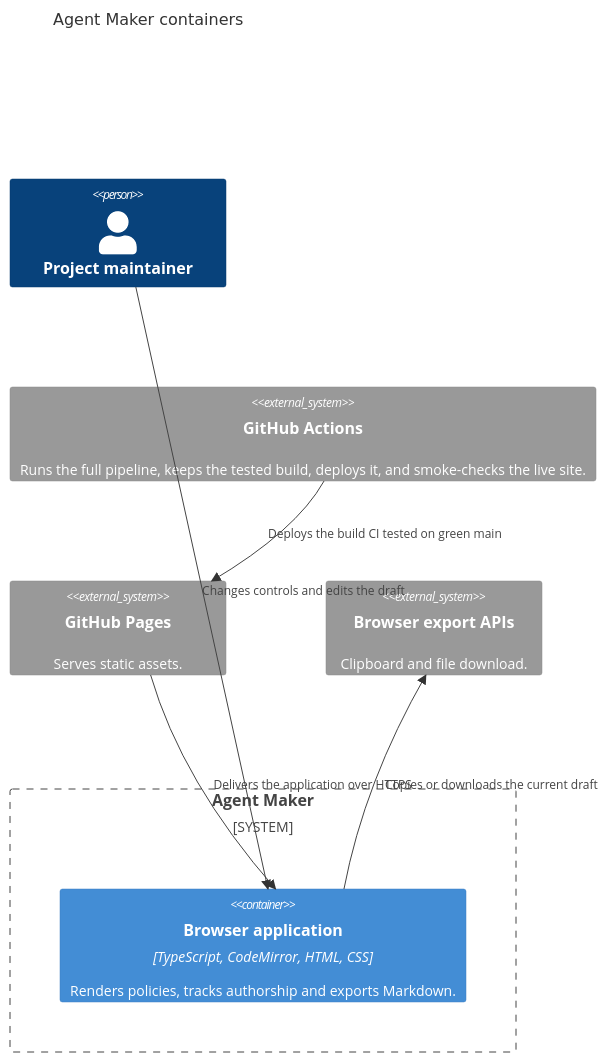
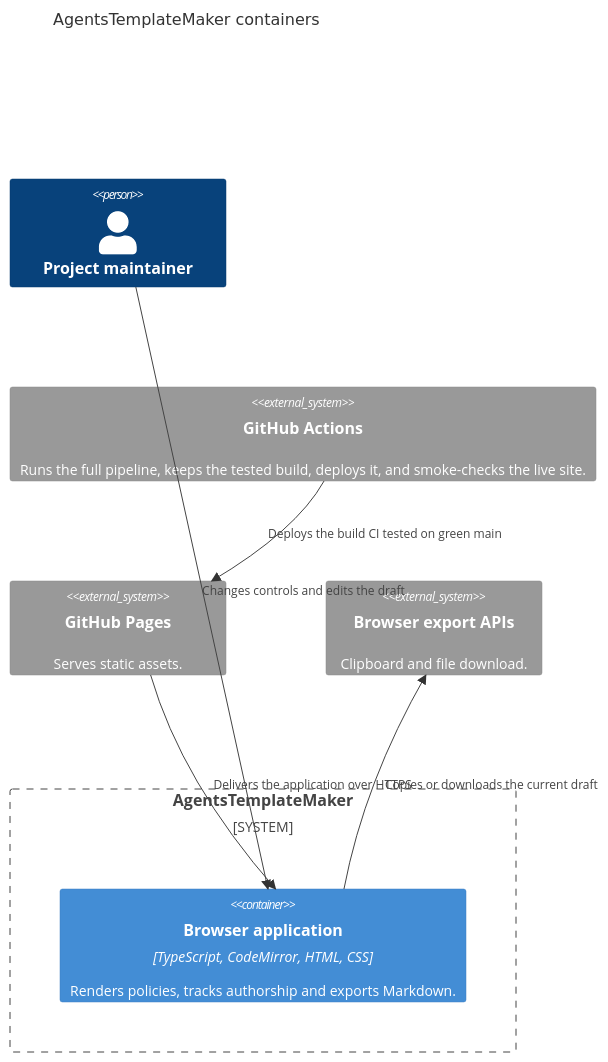
The second of 3 diagrams in docs/architecture.md (marcelpetrick/AgentsTemplateMaker), drawn with Mermaid before and after one commit. The commit also changed other lines of this file and 19 other files, not shown here.

First line of the commit message:
feat: add a footer naming AgentsTemplateMaker and use that name throughout

````diff
--- a/docs/architecture.md
+++ b/docs/architecture.md
@@ -19,15 +19,15 @@
 ```mermaid
 C4Container
-    title Agent Maker containers
+    title AgentsTemplateMaker containers
     Person(maintainer, "Project maintainer")
-    System_Boundary(system, "Agent Maker") {
+    System_Boundary(system, "AgentsTemplateMaker") {
         Container(site, "Browser application", "TypeScript, CodeMirror, HTML, CSS", "Renders policies, tracks authorship and exports Markdown.")
     }
     System_Ext(actions, "GitHub Actions", "Runs the full pipeline, keeps the tested build, deploys it, and smoke-checks the live site.")
     System_Ext(pages, "GitHub Pages", "Serves static assets.")
     System_Ext(browser, "Browser export APIs", "Clipboard and file download.")
     Rel(maintainer, site, "Changes controls and edits the draft")
     Rel(actions, pages, "Deploys the build CI tested on green main")
     Rel(pages, site, "Delivers the application over HTTPS")
     Rel(site, browser, "Copies or downloads the current draft")
 ```
````
